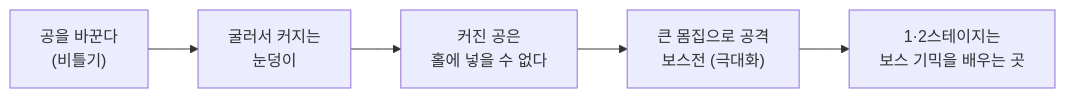
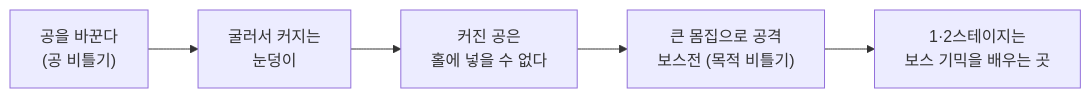
One commit to Lets-Gitit/portfolio changed the fourth of 4 diagrams in src/4-snowball-golf/기술문서.md. Above: the diagram before and after it, drawn with Mermaid. The commit also changed other lines of this file, not shown here.

````diff
--- a/src/4-snowball-golf/기술문서.md
+++ b/src/4-snowball-golf/기술문서.md
@@ -180,7 +184,7 @@
 ```mermaid
 flowchart LR
-    A["공을 바꾼다<br/>(비틀기)"] --> B["굴러서 커지는<br/>눈덩이"]
+    A["공을 바꾼다<br/>(공 비틀기)"] --> B["굴러서 커지는<br/>눈덩이"]
     B --> C["커진 공은<br/>홀에 넣을 수 없다"]
-    C --> D["큰 몸집으로 공격<br/>보스전 (극대화)"]
+    C --> D["큰 몸집으로 공격<br/>보스전 (목적 비틀기)"]
     D --> E["1·2스테이지는<br/>보스 기믹을 배우는 곳"]
 ```
````
